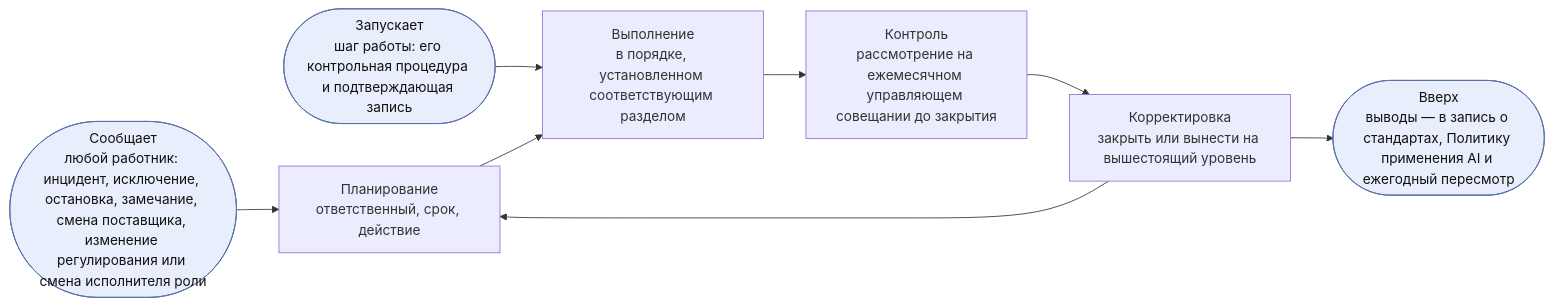
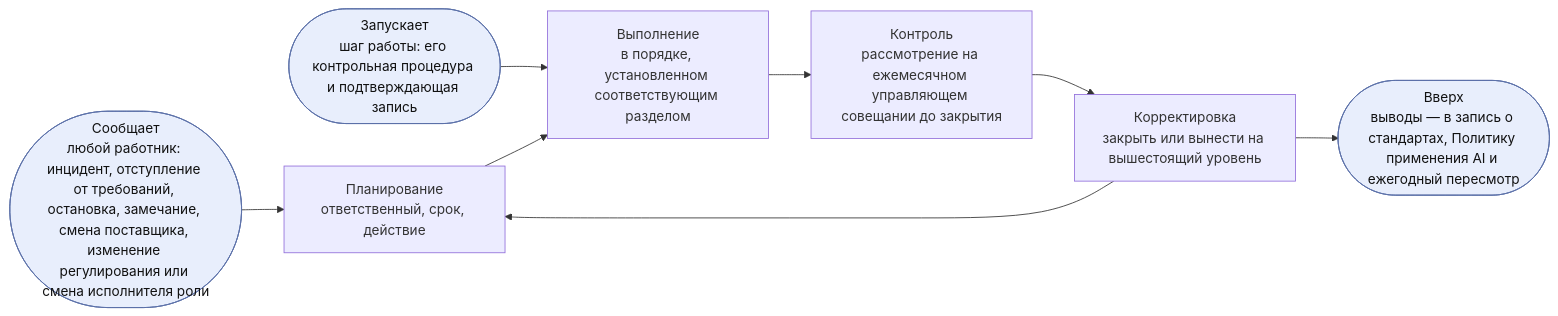
The sixth of 8 diagrams in charter/ru/documents/operating-model.md (devhogu/ob-aicc), drawn with Mermaid before and after one commit. The commit also changed other lines of this file and 112 other files, not shown here.

First line of the commit message:
Russian edition: Exception is «отступление от требований»; fairness, incident and benefit wording on Responsible AI

````diff
--- a/charter/ru/documents/operating-model.md
+++ b/charter/ru/documents/operating-model.md
@@ -240,8 +240,8 @@
 ```mermaid
 flowchart LR
-  IN(["Сообщает<br/>любой работник: инцидент, исключение, остановка, замечание, смена поставщика, изменение регулирования или смена исполнителя роли"]):::iface --> P
+  IN(["Сообщает<br/>любой работник: инцидент, отступление от требований, остановка, замечание, смена поставщика, изменение регулирования или смена исполнителя роли"]):::iface --> P
   ST(["Запускает<br/>шаг работы: его контрольная процедура и подтверждающая запись"]):::iface --> D
   P["Планирование<br/>ответственный, срок, действие"] --> D["Выполнение<br/>в порядке, установленном соответствующим разделом"] --> C["Контроль<br/>рассмотрение на ежемесячном управляющем совещании до закрытия"] --> A["Корректировка<br/>закрыть или вынести на вышестоящий уровень"] --> P
   A --> OUT(["Вверх<br/>выводы — в запись о стандартах, Политику применения AI и ежегодный пересмотр"]):::iface
   classDef iface fill:#e8eefc,stroke:#5a6fa8,color:#111
 ```
````
